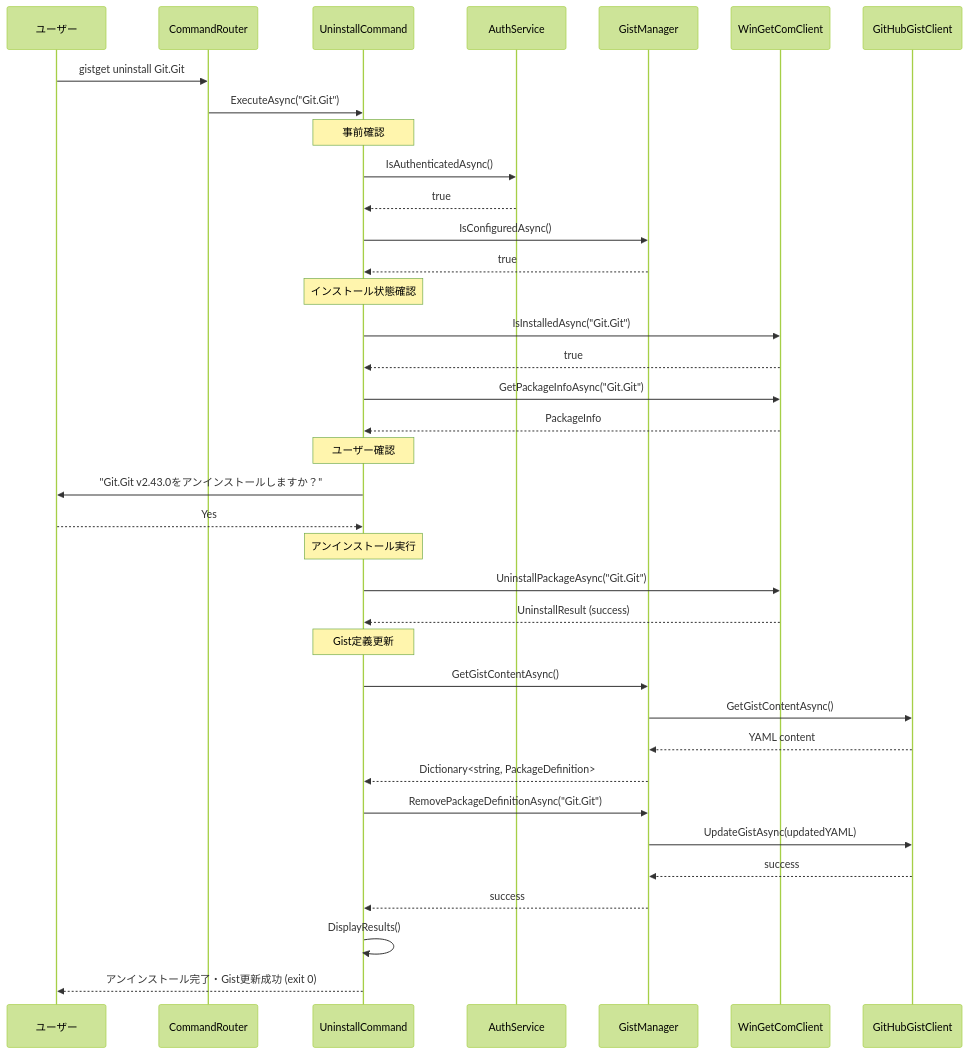
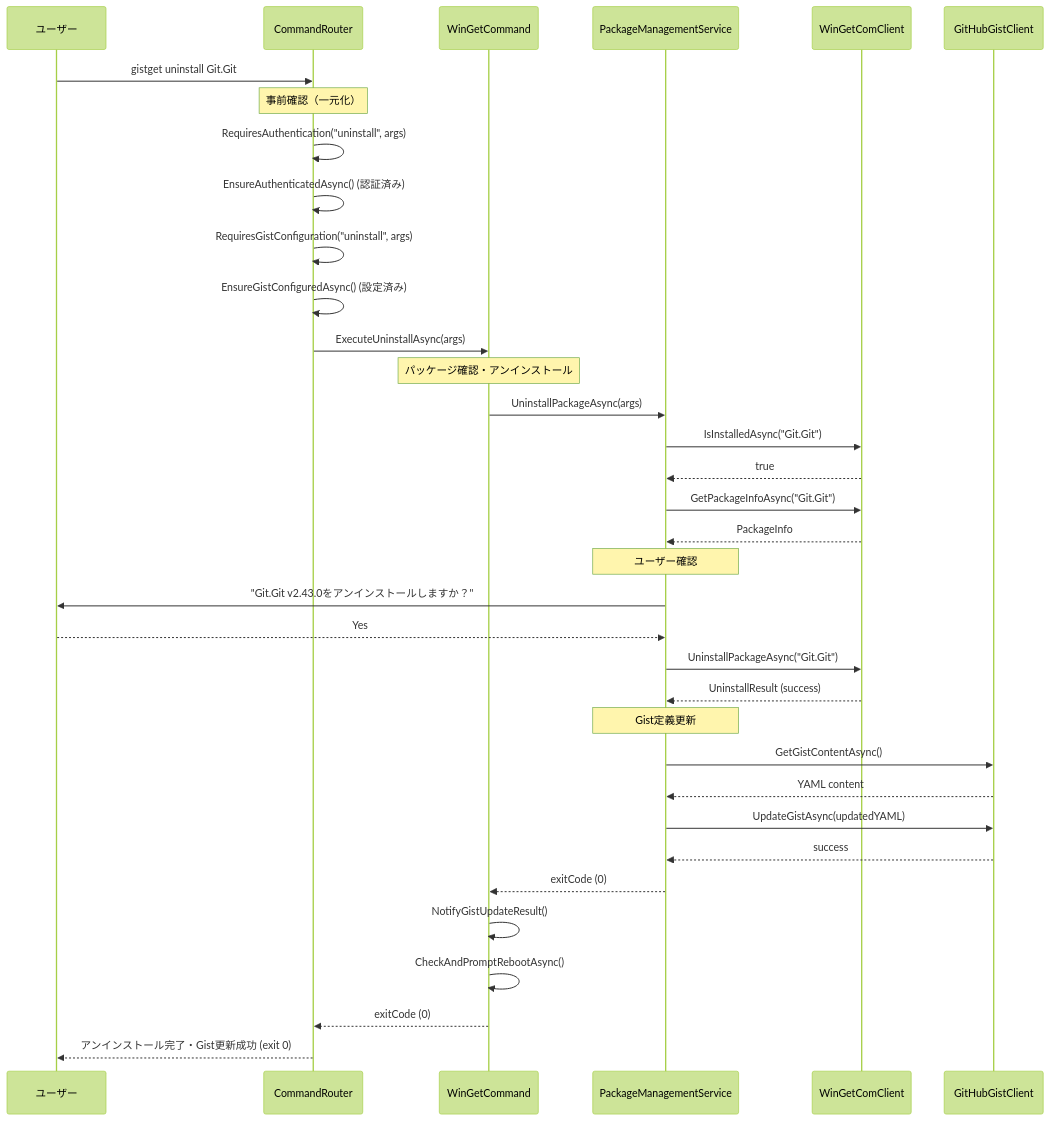
One commit to nuitsjp/GistGet changed the diagram in docs/gistget/uninstall.md. Above: the diagram before and after it, drawn with Mermaid (forest theme). The commit also changed other lines of this file and 7 other files, not shown here.

First line of the commit message:
Refactor command handling in GistGet to centralize authentication and Gist configuration checks in CommandRouter

````diff
--- a/docs/gistget/uninstall.md
+++ b/docs/gistget/uninstall.md
@@ -111,49 +111,47 @@
 ```mermaid
 sequenceDiagram
     participant User as ユーザー
     participant Router as CommandRouter
-    participant UninstallCmd as UninstallCommand
-    participant AuthSvc as AuthService
-    participant GistMgr as GistManager
+    participant UninstallCmd as WinGetCommand
+    participant PackageMgmt as PackageManagementService
     participant WinGetClient as WinGetComClient
     participant GitHubClient as GitHubGistClient
 
     User->>Router: gistget uninstall Git.Git
-    Router->>UninstallCmd: ExecuteAsync("Git.Git")
     
-    note over UninstallCmd: 事前確認
-    UninstallCmd->>AuthSvc: IsAuthenticatedAsync()
-    AuthSvc-->>UninstallCmd: true
+    note over Router: 事前確認（一元化）
+    Router->>Router: RequiresAuthentication("uninstall", args)
+    Router->>Router: EnsureAuthenticatedAsync() (認証済み)
+    Router->>Router: RequiresGistConfiguration("uninstall", args)
+    Router->>Router: EnsureGistConfiguredAsync() (設定済み)
     
-    UninstallCmd->>GistMgr: IsConfiguredAsync()
-    GistMgr-->>UninstallCmd: true
+    Router->>UninstallCmd: ExecuteUninstallAsync(args)
     
-    note over UninstallCmd: インストール状態確認
-    UninstallCmd->>WinGetClient: IsInstalledAsync("Git.Git")
-    WinGetClient-->>UninstallCmd: true
+    note over UninstallCmd: パッケージ確認・アンインストール
+    UninstallCmd->>PackageMgmt: UninstallPackageAsync(args)
+    PackageMgmt->>WinGetClient: IsInstalledAsync("Git.Git")
+    WinGetClient-->>PackageMgmt: true
     
-    UninstallCmd->>WinGetClient: GetPackageInfoAsync("Git.Git")
-    WinGetClient-->>UninstallCmd: PackageInfo
+    PackageMgmt->>WinGetClient: GetPackageInfoAsync("Git.Git")
+    WinGetClient-->>PackageMgmt: PackageInfo
     
-    note over UninstallCmd: ユーザー確認
-    UninstallCmd->>User: "Git.Git v2.43.0をアンインストールしますか？"
-    User-->>UninstallCmd: Yes
+    note over PackageMgmt: ユーザー確認
+    PackageMgmt->>User: "Git.Git v2.43.0をアンインストールしますか？"
+    User-->>PackageMgmt: Yes
     
-    note over UninstallCmd: アンインストール実行
-    UninstallCmd->>WinGetClient: UninstallPackageAsync("Git.Git")
-    WinGetClient-->>UninstallCmd: UninstallResult (success)
+    PackageMgmt->>WinGetClient: UninstallPackageAsync("Git.Git")
+    WinGetClient-->>PackageMgmt: UninstallResult (success)
     
-    note over UninstallCmd: Gist定義更新
-    UninstallCmd->>GistMgr: GetGistContentAsync()
-    GistMgr->>GitHubClient: GetGistContentAsync()
-    GitHubClient-->>GistMgr: YAML content
-    GistMgr-->>UninstallCmd: Dictionary<string, PackageDefinition>
+    note over PackageMgmt: Gist定義更新
+    PackageMgmt->>GitHubClient: GetGistContentAsync()
+    GitHubClient-->>PackageMgmt: YAML content
+    PackageMgmt->>GitHubClient: UpdateGistAsync(updatedYAML)
+    GitHubClient-->>PackageMgmt: success
     
-    UninstallCmd->>GistMgr: RemovePackageDefinitionAsync("Git.Git")
-    GistMgr->>GitHubClient: UpdateGistAsync(updatedYAML)
-    GitHubClient-->>GistMgr: success
-    GistMgr-->>UninstallCmd: success
+    PackageMgmt-->>UninstallCmd: exitCode (0)
     
-    UninstallCmd->>UninstallCmd: DisplayResults()
-    UninstallCmd-->>User: アンインストール完了・Gist更新成功 (exit 0)
+    UninstallCmd->>UninstallCmd: NotifyGistUpdateResult()
+    UninstallCmd->>UninstallCmd: CheckAndPromptRebootAsync()
+    UninstallCmd-->>Router: exitCode (0)
+    Router-->>User: アンインストール完了・Gist更新成功 (exit 0)
 ```
````
